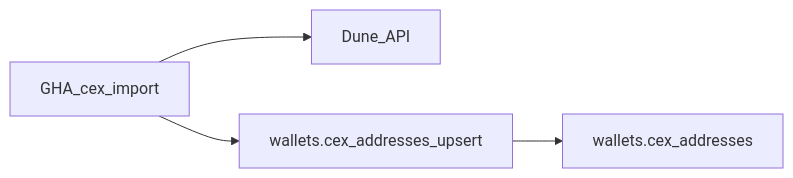
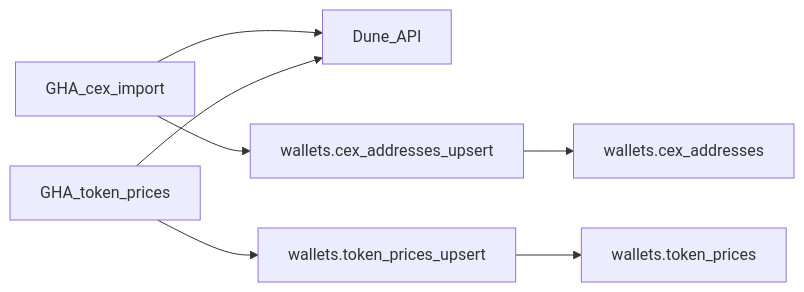
The third of 3 diagrams in docs/ARCHITECTURE.md (GlobalScoreAgent/gsa-workers), drawn with Mermaid before and after one commit. The commit also changed other lines of this file and 13 other files, not shown here.

First line of the commit message:
Add token prices import worker from Dune to wallets schema.

````diff
--- a/docs/ARCHITECTURE.md
+++ b/docs/ARCHITECTURE.md
@@ -97,6 +100,9 @@
 ```mermaid
 flowchart LR
   ghaCex[GHA_cex_import] --> duneApi[Dune_API]
-  ghaCex --> upsertFn["wallets.cex_addresses_upsert"]
-  upsertFn --> cexTable[wallets.cex_addresses]
+  ghaCex --> upsertCex["wallets.cex_addresses_upsert"]
+  upsertCex --> cexTable[wallets.cex_addresses]
+  ghaPrices[GHA_token_prices] --> duneApi
+  ghaPrices --> upsertPrices["wallets.token_prices_upsert"]
+  upsertPrices --> pricesTable[wallets.token_prices]
 ```
````
